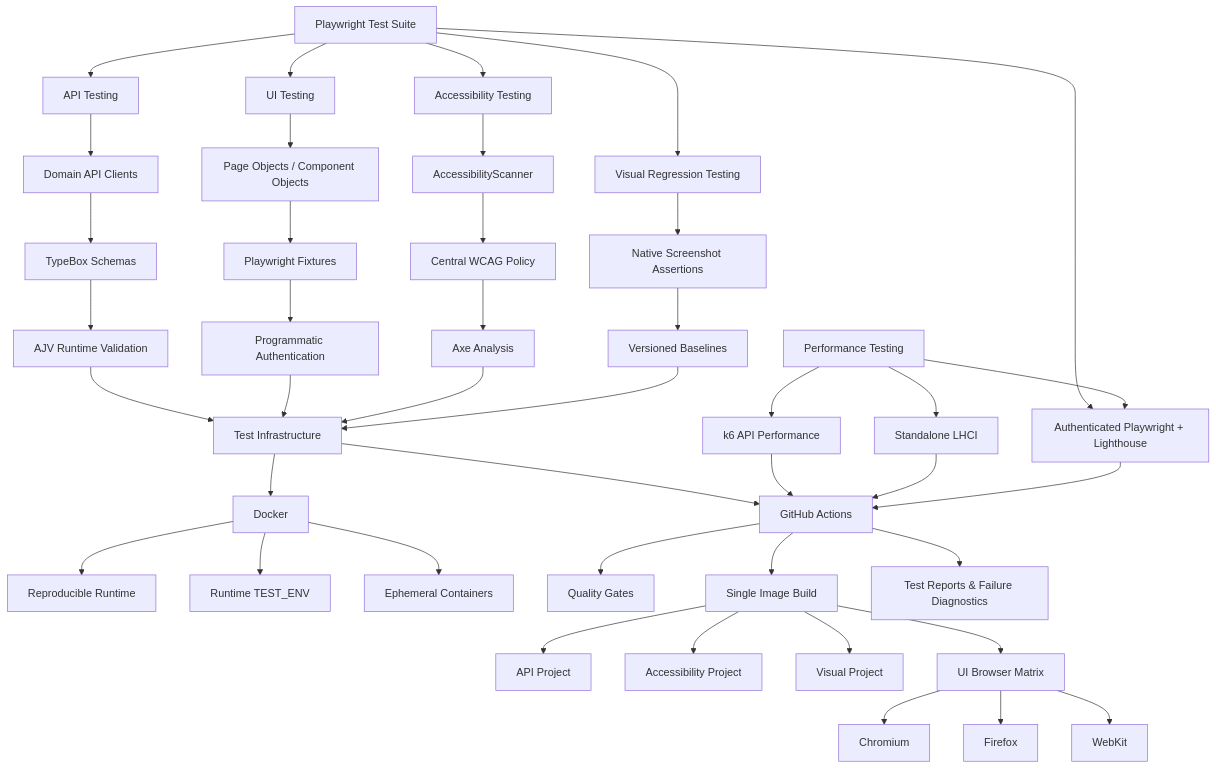
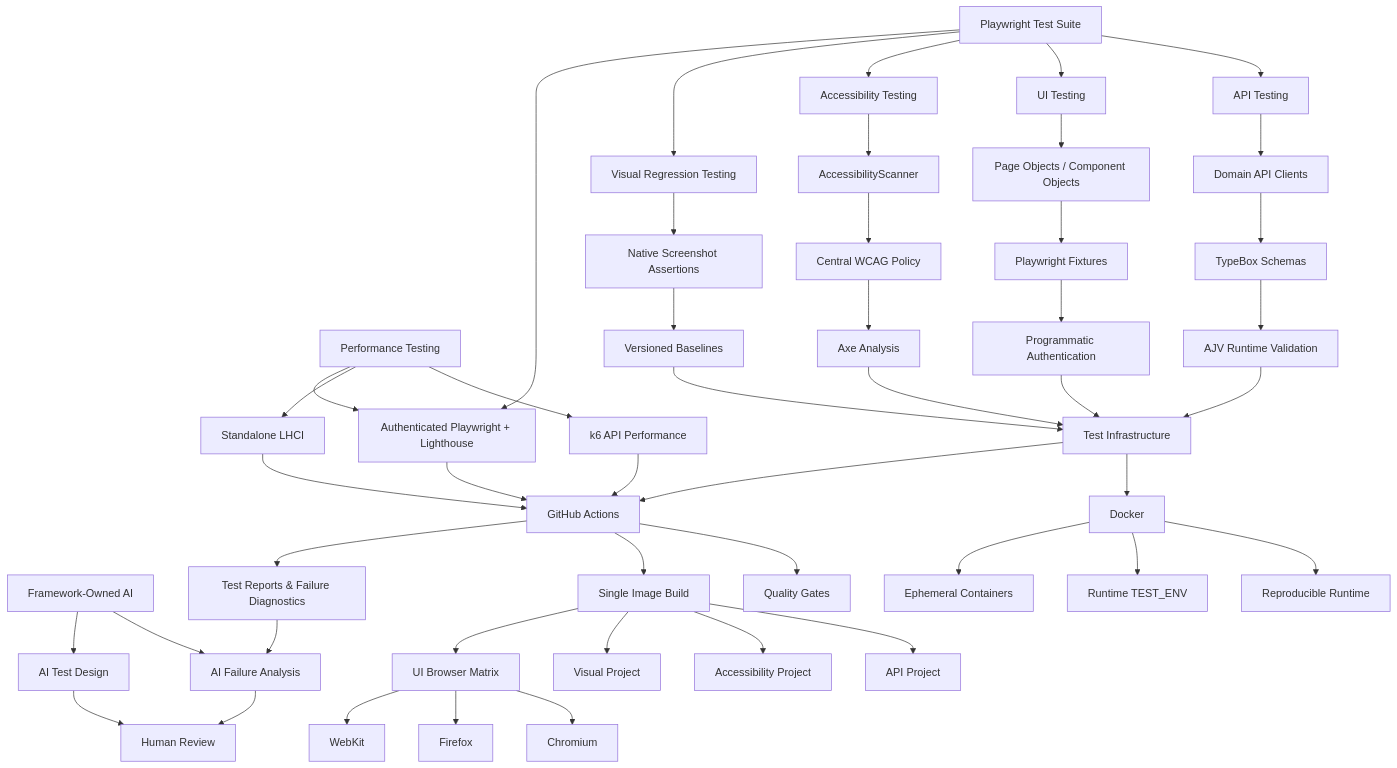
The diagram in README.md (szabihudak/szabihudak-template-SDET-framework), drawn with Mermaid before and after one commit. The commit also changed other lines of this file, not shown here.

````diff
--- a/README.md
+++ b/README.md
@@ -37,62 +39,74 @@
 ```mermaid
 flowchart TD
     A[Playwright Test Suite]
     PERF[Performance Testing]
     K6[k6 API Performance]
     LHCI[Standalone LHCI]
     AUTHL[Authenticated Playwright + Lighthouse]
+    AI[Framework-Owned AI]
+    AIFA[AI Failure Analysis]
+    AITD[AI Test Design]
+    HUMAN[Human Review]
 
     A --> B[API Testing]
     A --> C[UI Testing]
     A --> D[Accessibility Testing]
     A --> E[Visual Regression Testing]
     A --> AUTHL
 
     PERF --> K6
     PERF --> LHCI
     PERF --> AUTHL
 
     B --> F[Domain API Clients]
     F --> G[TypeBox Schemas]
     G --> H[AJV Runtime Validation]
 
     C --> I[Page Objects / Component Objects]
     I --> J[Playwright Fixtures]
     J --> K[Programmatic Authentication]
 
     D --> L[AccessibilityScanner]
     L --> M[Central WCAG Policy]
     M --> N[Axe Analysis]
 
     E --> O[Native Screenshot Assertions]
     O --> P[Versioned Baselines]
 
     H --> Q[Test Infrastructure]
     K --> Q
     N --> Q
     P --> Q
 
     Q --> R[Docker]
     Q --> S[GitHub Actions]
 
     K6 --> S
     LHCI --> S
     AUTHL --> S
 
     R --> T[Reproducible Runtime]
     R --> U[Runtime TEST_ENV]
     R --> V[Ephemeral Containers]
 
     S --> W[Quality Gates]
     S --> X[Single Image Build]
     X --> Y[API Project]
     X --> Z[Accessibility Project]
     X --> AA[Visual Project]
     X --> AB[UI Browser Matrix]
 
     AB --> AC[Chromium]
     AB --> AD[Firefox]
     AB --> AE[WebKit]
 
     S --> AF[Test Reports & Failure Diagnostics]
+
+    AI --> AIFA
+    AI --> AITD
+
+    AF --> AIFA
+    AIFA --> HUMAN
+
+    AITD --> HUMAN
 ```
````
